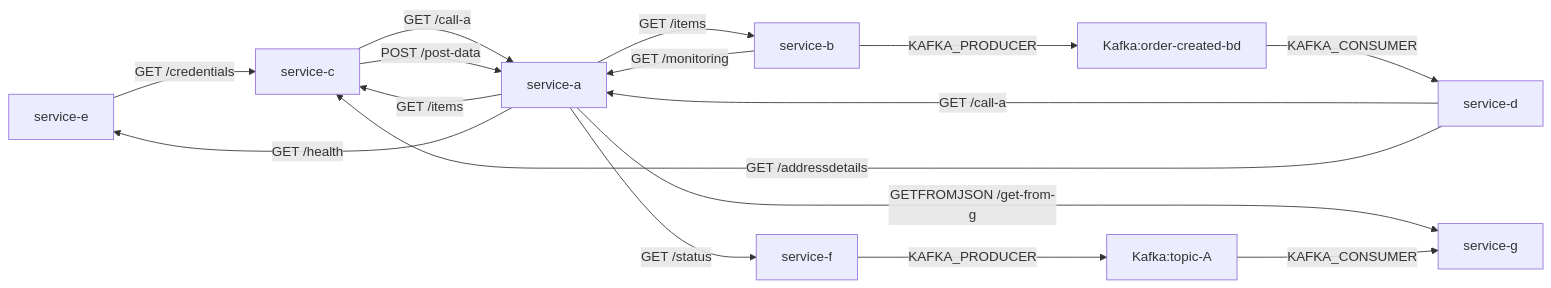
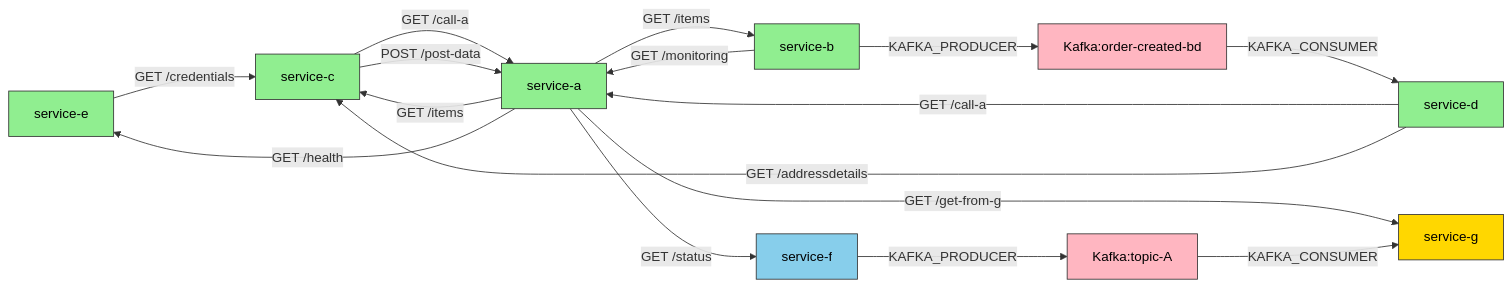
One commit to lokesh0507/First_project changed the diagram in output/deps.md. Above: the diagram before and after it, drawn with Mermaid. The commit also changed 1 other file, not shown here.

Commit message:
Auto-update dependency graph

````diff
--- a/output/deps.md
+++ b/output/deps.md
@@ -1,18 +1,26 @@
 ```mermaid
 graph LR
+classDef First_project fill:#90EE90,stroke:#333,color:#000
+classDef Kafka fill:#FFB6C1,stroke:#333,color:#000
+classDef Repo-1 fill:#87CEEB,stroke:#333,color:#000
+classDef Repo-2 fill:#FFD700,stroke:#333,color:#000
   service-e -->|GET /credentials| service-c
   service-d -->|GET /call-a| service-a
   service-d -->|GET /addressdetails| service-c
   Kafka:order-created-bd -->|KAFKA_CONSUMER| service-d
   service-a -->|GET /items| service-b
   service-a -->|GET /items| service-c
   service-a -->|GET /health| service-e
-  service-a -->|GETFROMJSON /get-from-g| service-g
+  service-a -->|GET /get-from-g| service-g
   service-a -->|GET /status| service-f
   service-c -->|GET /call-a| service-a
   service-c -->|POST /post-data| service-a
   service-b -->|GET /monitoring| service-a
   service-b -->|KAFKA_PRODUCER| Kafka:order-created-bd
   Kafka:topic-A -->|KAFKA_CONSUMER| service-g
   service-f -->|KAFKA_PRODUCER| Kafka:topic-A
+class service-e,service-d,service-a,service-c,service-b First_project
+class Kafka:order-created-bd,Kafka:topic-A Kafka
+class net8.0,service-f Repo-1
+class service-g Repo-2
 ```
````
